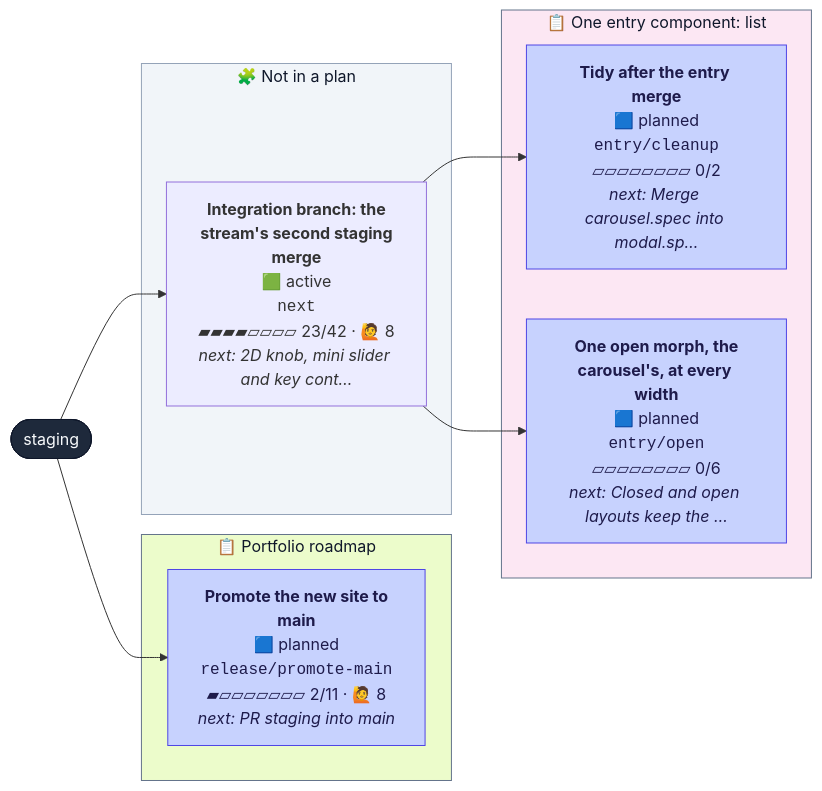
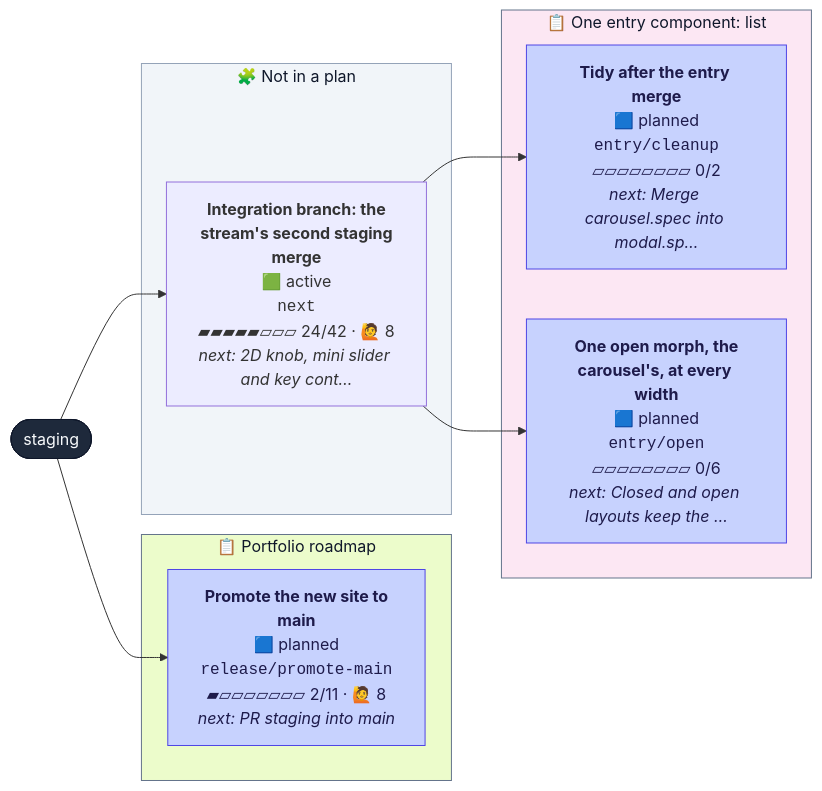
One commit to henryjonescodes/portfolio changed the second of 2 diagrams in CONTRIBUTING.md. Above: the diagram before and after it, drawn with Mermaid. The commit also changed other lines of this file, not shown here.

````diff
--- a/CONTRIBUTING.md
+++ b/CONTRIBUTING.md
@@ -37,33 +37,33 @@
 ```mermaid
 flowchart LR
   n_staging([staging])
   class n_staging trunk
   subgraph plan_1["📋 One entry component: list"]
     n_entry_cleanup["<b>Tidy after the entry merge</b><br/>🟦 planned<br/><code>entry/cleanup</code><br/>▱▱▱▱▱▱▱▱ 0/2<br/><i>next: Merge carousel.spec into modal.sp…</i>"]
     class n_entry_cleanup planned
     n_entry_open["<b>One open morph, the<br/>carousel's, at every width</b><br/>🟦 planned<br/><code>entry/open</code><br/>▱▱▱▱▱▱▱▱ 0/6<br/><i>next: Closed and open layouts keep the …</i>"]
     class n_entry_open planned
   end
   style plan_1 fill:#fce7f3,stroke:#64748b,color:#0f172a
   subgraph plan_2["📋 Portfolio roadmap"]
     n_release_promote_main["<b>Promote the new site to<br/>main</b><br/>🟦 planned<br/><code>release/promote-main</code><br/>▰▱▱▱▱▱▱▱ 2/11 · 🙋 8<br/><i>next: PR staging into main</i>"]
     class n_release_promote_main planned
   end
   style plan_2 fill:#ecfccb,stroke:#64748b,color:#0f172a
   subgraph loose["🧩 Not in a plan"]
-    n_next["<b>Integration branch: the<br/>stream's second staging<br/>merge</b><br/>🟩 active<br/><code>next</code><br/>▰▰▰▰▱▱▱▱ 23/42 · 🙋 8<br/><i>next: 2D knob, mini slider and key cont…</i>"]
+    n_next["<b>Integration branch: the<br/>stream's second staging<br/>merge</b><br/>🟩 active<br/><code>next</code><br/>▰▰▰▰▰▱▱▱ 24/42 · 🙋 8<br/><i>next: 2D knob, mini slider and key cont…</i>"]
     class n_next active,current
   end
   style loose fill:#f1f5f9,stroke:#94a3b8,color:#0f172a
   n_next --> n_entry_cleanup
   n_next --> n_entry_open
   n_staging --> n_next
   n_staging --> n_release_promote_main
   classDef planned fill:#c7d2fe,stroke:#4f46e5,color:#1e1b4b
   classDef sketched fill:#f8fafc,stroke:#64748b,stroke-dasharray:4 3,color:#334155
   classDef active fill:#bbf7d0,stroke:#16a34a,stroke-width:3px,color:#052e16
   classDef review fill:#fde68a,stroke:#d97706,stroke-width:3px,color:#451a03
   classDef blocked fill:#fecaca,stroke:#dc2626,stroke-width:3px,color:#450a0a
   classDef trunk fill:#1e293b,stroke:#0f172a,color:#f8fafc
   classDef current stroke:#0ea5e9,stroke-width:5px
 ```
````
